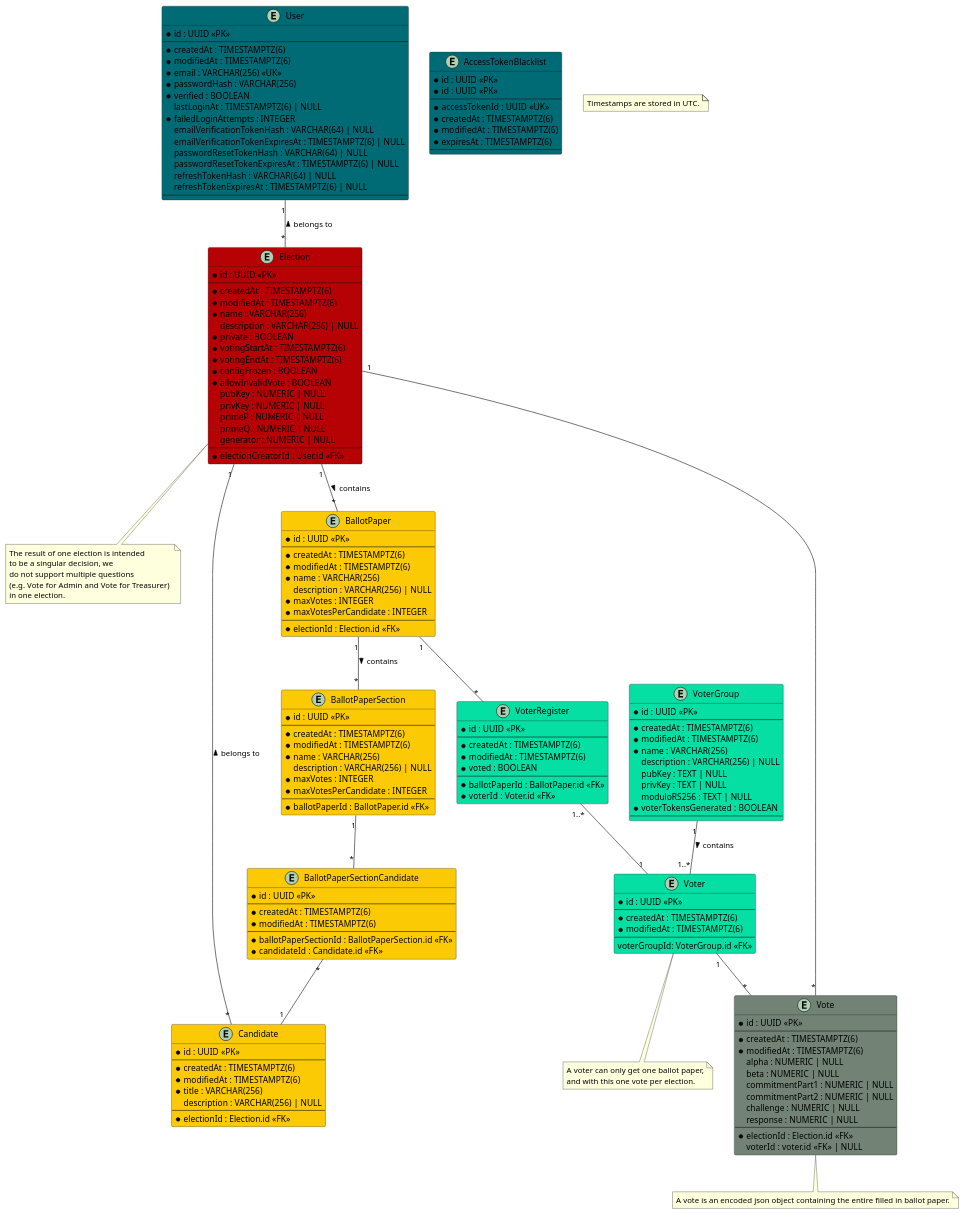
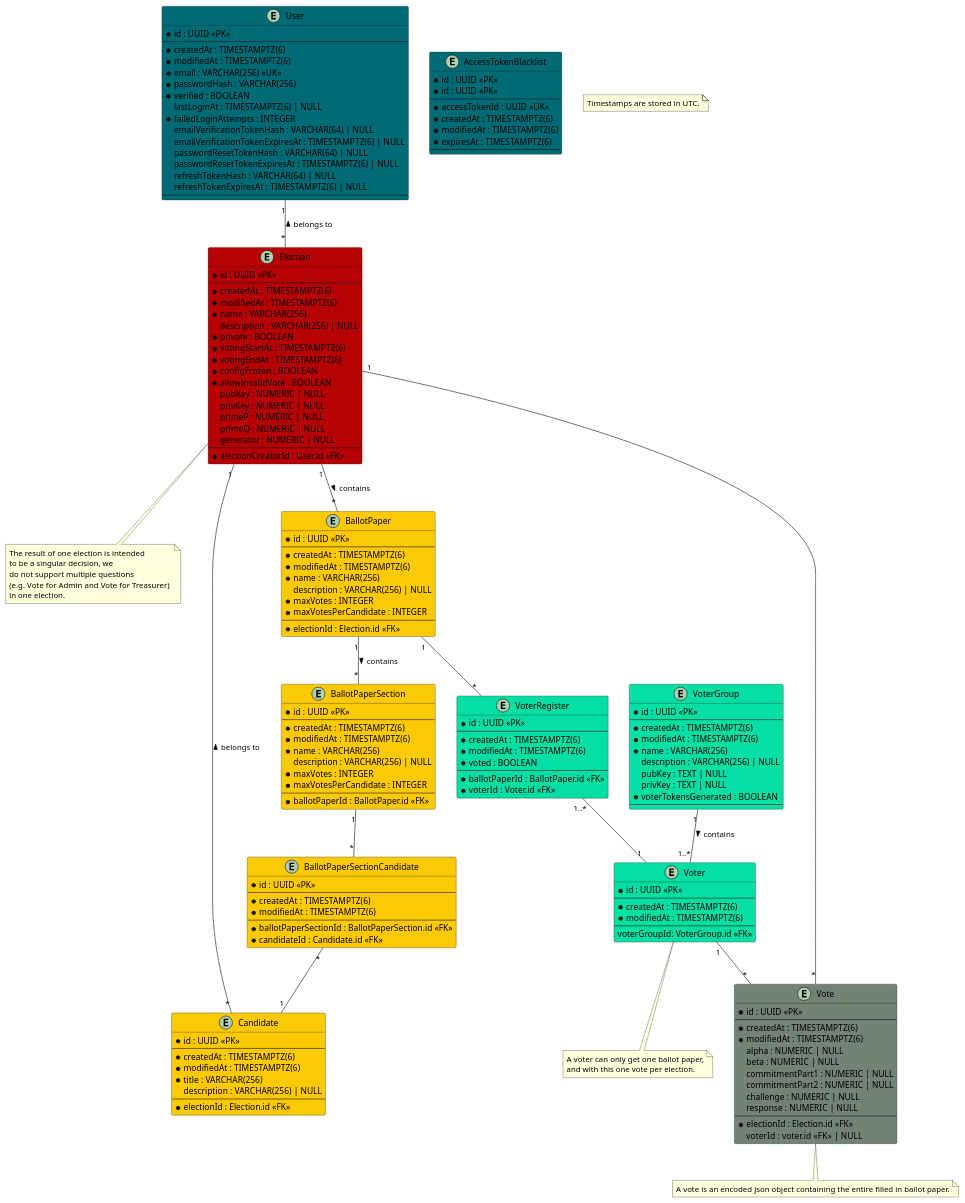
Before and after one commit to SE-UUlm/votura: the diagram in apps/docs/static/uml/dataModel.puml, drawn with PlantUML. The commit also changed 2 other files, not shown here.

Commit message:
#121: remove unused 'moduloRS256' field from VoterGroup model and update migration with REGEX constraints

```diff
--- a/apps/docs/static/uml/dataModel.puml
+++ b/apps/docs/static/uml/dataModel.puml
@@ -1,195 +1,194 @@
 @startuml dataModel
 
 entity "User" as user #006b75 {
     * id : UUID <<PK>>
     --
     * createdAt : TIMESTAMPTZ(6)
     * modifiedAt : TIMESTAMPTZ(6)
     * email : VARCHAR(256) <<UK>>
     * passwordHash : VARCHAR(256)
     * verified : BOOLEAN
     lastLoginAt : TIMESTAMPTZ(6) | NULL
     ' failed login attempts get reset on successful login
     * failedLoginAttempts : INTEGER
     emailVerificationTokenHash : VARCHAR(64) | NULL
     emailVerificationTokenExpiresAt : TIMESTAMPTZ(6) | NULL
     passwordResetTokenHash : VARCHAR(64) | NULL
     passwordResetTokenExpiresAt : TIMESTAMPTZ(6) | NULL
     refreshTokenHash : VARCHAR(64) | NULL
     refreshTokenExpiresAt : TIMESTAMPTZ(6) | NULL
     --
 }
 
 entity "AccessTokenBlacklist" as jwtBlacklist #006b75 {
     ' this table is used to store blacklisted access tokens
     ' The jti is 36 characters long if we use UUIDv4
     * id : UUID <<PK>>
     * id : UUID <<PK>>
     --
     * accessTokenId : UUID <<UK>>
     * createdAt : TIMESTAMPTZ(6)
     * modifiedAt : TIMESTAMPTZ(6)
     * expiresAt : TIMESTAMPTZ(6)
     --
 }
 
 entity "Election" as elections #b60205 {
     * id : UUID <<PK>>
     --
     * createdAt : TIMESTAMPTZ(6)
     * modifiedAt : TIMESTAMPTZ(6)
     * name : VARCHAR(256)
     description : VARCHAR(256) | NULL
     * private : BOOLEAN
     * votingStartAt : TIMESTAMPTZ(6)
     * votingEndAt : TIMESTAMPTZ(6)
     * configFrozen : BOOLEAN
     * allowInvalidVote : BOOLEAN
     ' Is there a use case for `votesCounted`?
     ' * votesCounted : BOOLEAN
     ' * votesCounted : BOOLEAN
     ' Computed values such as validVotes and invalidVotes are critical - do we really want to store them?
     ' validVotes : NUMERIC | NULL
     ' invalidVotes : NUMERIC | NULL
     pubKey : NUMERIC | NULL
     privKey : NUMERIC | NULL
     primeP : NUMERIC | NULL
     primeQ : NUMERIC | NULL
     generator : NUMERIC | NULL
     --
     * electionCreatorId : User.id <<FK>>
 }
 
 note as N2
 The result of one election is intended 
 to be a singular decision, we 
 do not support multiple questions 
 (e.g. Vote for Admin and Vote for Treasurer) 
 in one election.
 end note
 
 entity "BallotPaper" as ballotPapers #fbca04 {
     * id : UUID <<PK>>
     --
     * createdAt : TIMESTAMPTZ(6)
     * modifiedAt : TIMESTAMPTZ(6)
     * name : VARCHAR(256)
     description : VARCHAR(256) | NULL
     * maxVotes : INTEGER
     * maxVotesPerCandidate : INTEGER
     --
     * electionId : Election.id <<FK>>
 }
 
 entity "BallotPaperSection" as ballotPaperSections #fbca04 {
     * id : UUID <<PK>>
     --
     * createdAt : TIMESTAMPTZ(6)
     * modifiedAt : TIMESTAMPTZ(6)
     * name : VARCHAR(256)
     description : VARCHAR(256) | NULL
     * maxVotes : INTEGER
     * maxVotesPerCandidate : INTEGER
     --
     * ballotPaperId : BallotPaper.id <<FK>>
 }
 
 entity "BallotPaperSectionCandidate" as ballotPaperSectionCandidates #fbca04 {
     * id : UUID <<PK>>
     --
     * createdAt : TIMESTAMPTZ(6)
     * modifiedAt : TIMESTAMPTZ(6)
     --
     * ballotPaperSectionId : BallotPaperSection.id <<FK>>
     * candidateId : Candidate.id <<FK>>
 }
 
 entity "Candidate" as candidates #fbca04 {
     * id : UUID <<PK>>
     --
     * createdAt : TIMESTAMPTZ(6)
     * modifiedAt : TIMESTAMPTZ(6)
     * title : VARCHAR(256)
     description : VARCHAR(256) | NULL
     --
     * electionId : Election.id <<FK>>
 }
 
 entity "Vote" as votes #728376 {
     * id : UUID <<PK>>
     --
     * createdAt : TIMESTAMPTZ(6)
     * modifiedAt : TIMESTAMPTZ(6)
     alpha : NUMERIC | NULL
     beta : NUMERIC | NULL
     commitmentPart1 : NUMERIC | NULL
     commitmentPart2 : NUMERIC | NULL
     challenge : NUMERIC | NULL
     response : NUMERIC | NULL
     --
     * electionId : Election.id <<FK>>
     ' if the vote isn't secret, voter can be saved
     voterId : voter.id <<FK>> | NULL
 }
 note as N4
 A vote is an encoded json object containing the entire filled in ballot paper.
 end note
 
 entity "VoterRegister" as voterRegisters #05DFA3 {
     * id : UUID <<PK>>
     --
     * createdAt : TIMESTAMPTZ(6)
     * modifiedAt : TIMESTAMPTZ(6)
     * voted : BOOLEAN
     --
     * ballotPaperId : BallotPaper.id <<FK>>
     * voterId : Voter.id <<FK>>
 }
 
 entity "Voter" as voters #05DFA3 {
     * id : UUID <<PK>>
     --
     * createdAt : TIMESTAMPTZ(6)
     * modifiedAt : TIMESTAMPTZ(6)
     --
     voterGroupId: VoterGroup.id <<FK>>
 }
 note as N3
 A voter can only get one ballot paper,
 and with this one vote per election.
 end note
 
 entity "VoterGroup" as voterGroups #05DFA3 {
     * id : UUID <<PK>>
     --
     * createdAt : TIMESTAMPTZ(6)
     * modifiedAt : TIMESTAMPTZ(6)
     * name : VARCHAR(256)
     description : VARCHAR(256) | NULL
     pubKey : TEXT | NULL
     privKey : TEXT | NULL
-    moduloRS256 : TEXT | NULL
     * voterTokensGenerated : BOOLEAN
     --
 }
 
 note as N1
 Timestamps are stored in UTC.
 end note
 
 user "1"--"*" elections : belongs to <
 elections "1"--"*" ballotPapers : contains >
 elections -- N2
 elections "1"--"*" candidates : belongs to <
 ballotPapers "1"--"*" voterRegisters
 voterRegisters "1..*"--"1" voters
 ballotPapers "1"--"*" ballotPaperSections : contains >
 ballotPaperSections "1"--"*" ballotPaperSectionCandidates
 ballotPaperSectionCandidates "*"--"1" candidates
 votes "*"--"1" elections
 voters "1"--"*" votes
 voterGroups "1"--"1..*" voters : contains >
 voters -- N3
 votes -- N4
 
 @enduml
```
